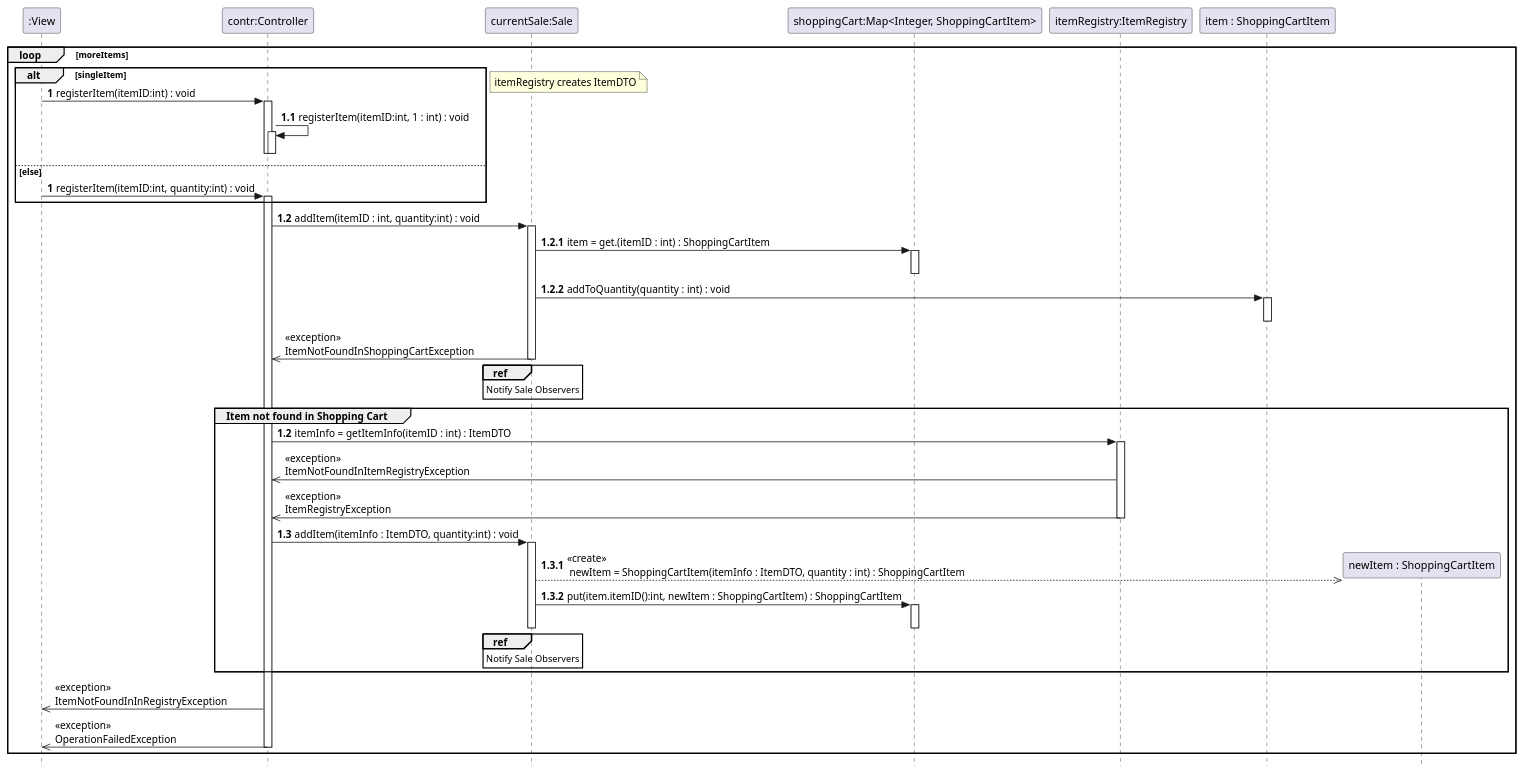
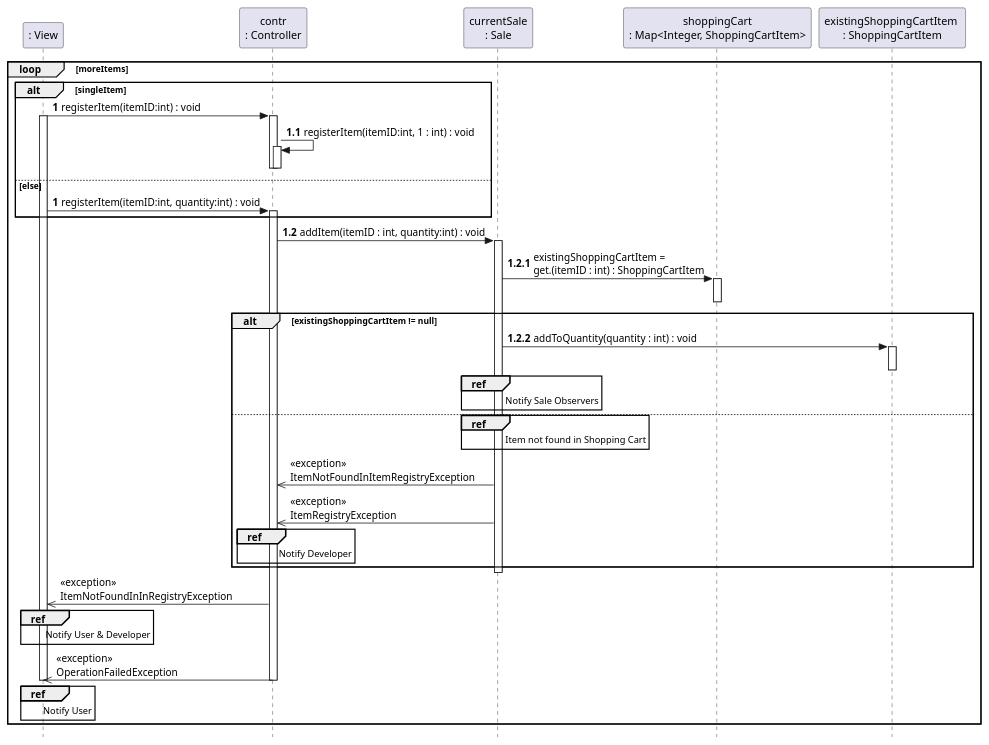
One commit to VincentFerrigan/kth-iv1350-object-oriented-design changed the seventh of 15 diagrams in uml/uml_v3.puml. Above: the diagram before and after it, drawn with PlantUML. The commit also changed other lines of this file and 35 other files, not shown here.

First line of the commit message:
UML and GoF (#43)

```diff
--- a/uml/uml_v3.puml
+++ b/uml/uml_v3.puml
@@ -680,87 +724,75 @@
 @startuml
 skinparam style strictuml
 
 'title registerItem
 'REGISTERITEM
 hide unlinked
-participant ":View" as View
-participant "contr:Controller" as contr
-participant "currentSale:Sale" as currentSale
-participant "shoppingCart:Map<Integer, ShoppingCartItem>" as shoppingCart
-participant "itemRegistry:ItemRegistry" as itemRegistry
-participant "item : ShoppingCartItem" as item
-participant "newItem : ShoppingCartItem" as newItem
+participant ": View" as View
+participant "contr\n: Controller" as contr
+participant "currentSale\n: Sale" as currentSale
+participant "shoppingCart\n: Map<Integer, ShoppingCartItem>" as shoppingCart
+participant ": RegistryHandler" as RegistryHandler
+'interface ": ItemRegistry" as ItemRegistry
+participant "<<interface>>\n: ItemRegistry" as ItemRegistry
+participant "existingShoppingCartItem \n: ShoppingCartItem" as oldItem
+participant "newShoppingCartItem\n: ShoppingCartItem" as newItem
 
 loop moreItems
 '[validIdentifier]
     alt singleItem
         autonumber 1
         View -> contr : registerItem(itemID:int) : void
+        activate View
         activate contr
         autonumber 1.1
         contr -> contr : registerItem(itemID:int, 1 : int) : void
         activate contr
         deactivate contr
         deactivate contr
 
    else else
         autonumber 1
         View -> contr : registerItem(itemID:int, quantity:int) : void
         activate contr
    end
-        deactivate itemRegistry
-        note right: itemRegistry creates ItemDTO
-
         autonumber 1.2
         contr -> currentSale : addItem(itemID : int, quantity:int) : void
         activate currentSale
             autonumber 1.2.1
-            currentSale -> shoppingCart : item = get.(itemID : int) : ShoppingCartItem
-            activate shoppingCart
-            deactivate shoppingCart
-            autonumber 1.2.2
-            currentSale -> item : addToQuantity(quantity : int) : void
-            activate item
-            deactivate item
-            autonumber stop
-            contr <<- currentSale : <<exception>>\nItemNotFoundInShoppingCartException
-            ref over currentSale
-                Notify Sale Observers
-            end ref
+            currentSale -> shoppingCart : existingShoppingCartItem = \nget.(itemID : int) : ShoppingCartItem
+                activate shoppingCart
+                deactivate shoppingCart
+            alt existingShoppingCartItem != null
+                autonumber 1.2.2
+                currentSale -> oldItem : addToQuantity(quantity : int) : void
+            ref over currentSale : \t\t Notify Sale Observers
+                activate oldItem
+                deactivate oldItem
+            else
+            ref over currentSale : \t\t Item not found in Shopping Cart
+
+'        activate currentSale
+                autonumber stop
+                    contr <<- currentSale : <<exception>>\nItemNotFoundInItemRegistryException
+                    contr <<- currentSale : <<exception>>\nItemRegistryException
+                    ref over contr : \t\tNotify Developer
+
+             end
+'            autonumber 1.2.3
+'            currentSale -> currentSale
+'            activate currentSale
+'            deactivate currentSale
             deactivate currentSale
-'            activate currentSale
-        group Item not found in Shopping Cart
-            autonumber 1.2
-            contr -> itemRegistry : itemInfo = getItemInfo(itemID : int) : ItemDTO
-            activate itemRegistry
-            autonumber stop
-            contr <<- itemRegistry : <<exception>>\nItemNotFoundInItemRegistryException
-            contr <<- itemRegistry : <<exception>>\nItemRegistryException
-            deactivate itemRegistry
-            autonumber 1.3
-            contr -> currentSale : addItem(itemInfo : ItemDTO, quantity:int) : void
-            activate currentSale
-            autonumber 1.3.1
-            create newItem
-            currentSale -[dashed]->> newItem : <<create>> \n newItem = ShoppingCartItem(itemInfo : ItemDTO, quantity : int) : ShoppingCartItem
-'            activate newItem
-'            deactivate newItem
-            autonumber 1.3.2
-            currentSale -> shoppingCart : put(item.itemID():int, newItem : ShoppingCartItem) : ShoppingCartItem
-            activate shoppingCart
-            deactivate shoppingCart
-        deactivate currentSale
-            ref over currentSale
-                Notify Sale Observers
-            end ref
-        end
+                autonumber stop
+                    View <<- contr : <<exception>>\nItemNotFoundInInRegistryException
+                    ref over View : \t Notify User & Developer
+                    View <<- contr : <<exception>>\nOperationFailedException
+                    ref over View : \tNotify User
         autonumber stop
-            View <<- contr : <<exception>>\nItemNotFoundInInRegistryException
-            View <<- contr : <<exception>>\nOperationFailedException
-        deactivate contr
 
         deactivate contr
+        deactivate View
 end
 
 autonumber stop
 @enduml
```
